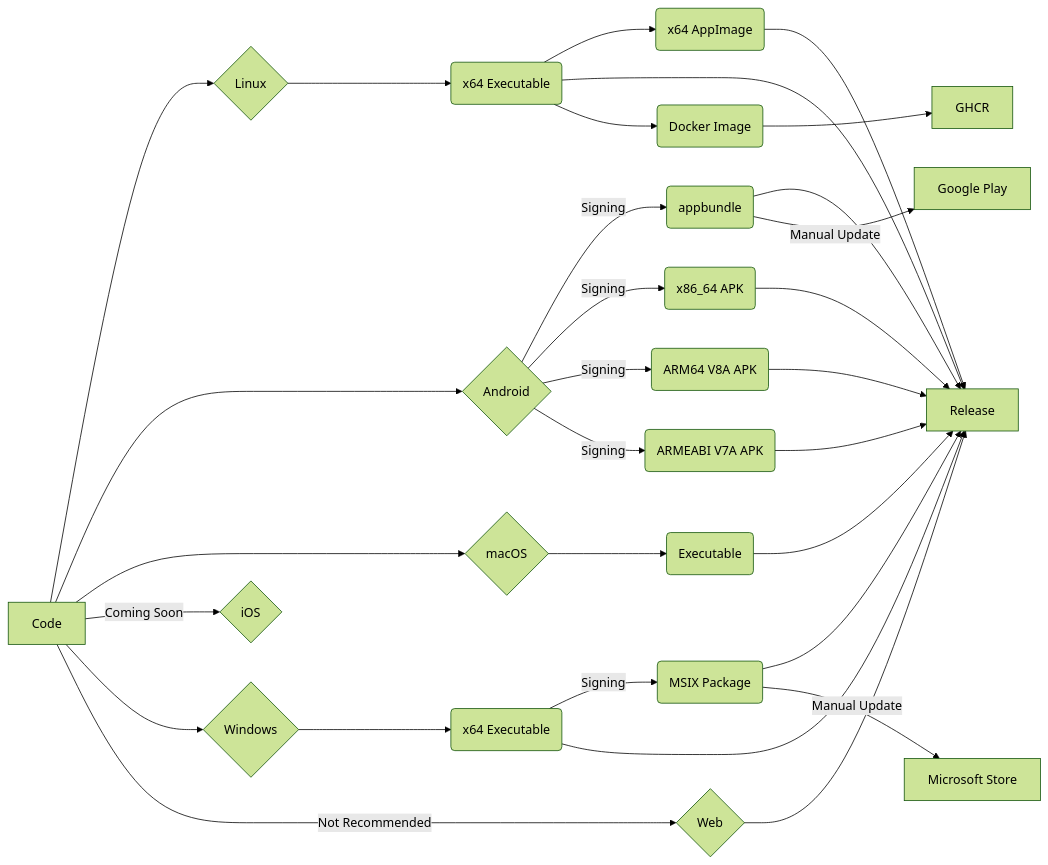
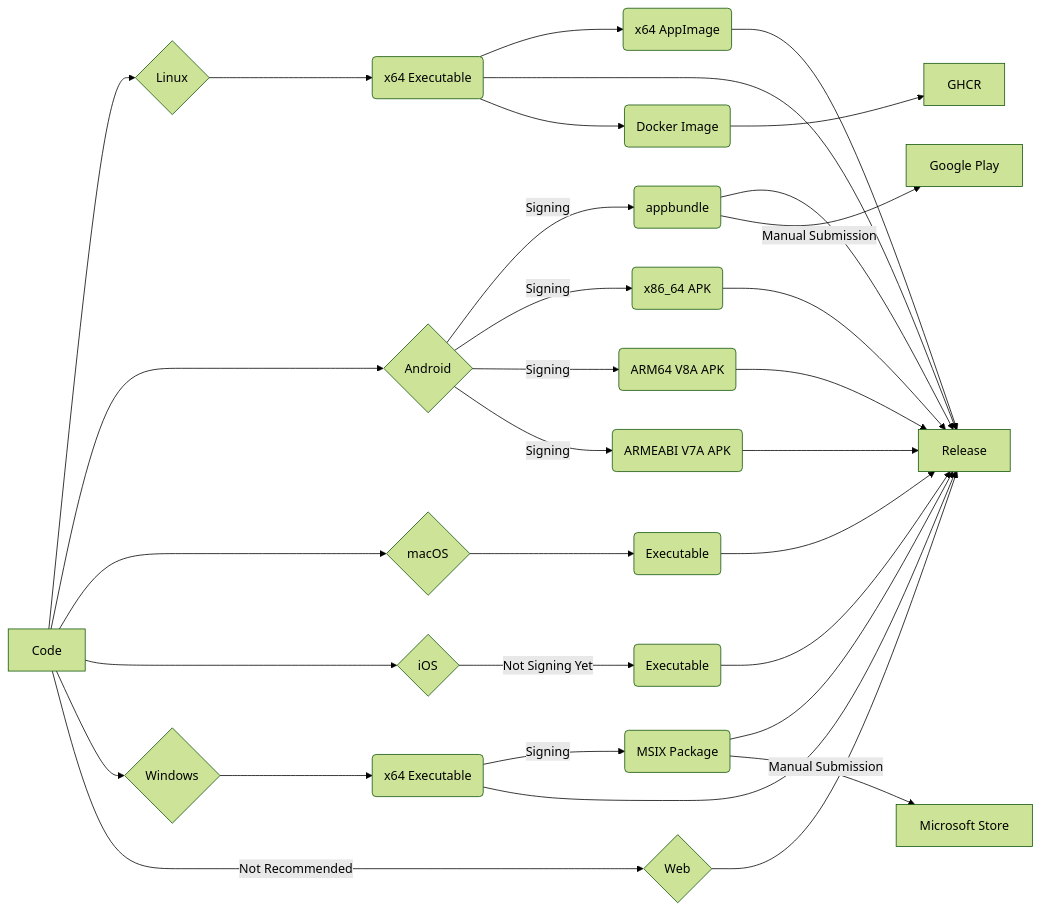
One commit to bitscoper/bitscoper_cyberkit changed the diagram in README.md. Above: the diagram before and after it, drawn with Mermaid (forest theme). The commit also changed other lines of this file and 1 other file, not shown here.

````diff
--- a/README.md
+++ b/README.md
@@ -31,40 +27,43 @@
 ```mermaid
 flowchart LR
 
 Code[Code] --> Linux{Linux}
 Linux --> Linux_x64_Executable(x64 Executable)
 Linux_x64_Executable --> Linux_x64_AppImage(x64 AppImage)
 
 Code --> Android{Android}
 Android --> |Signing| Android_appbundle(appbundle)
 Android --> |Signing| Android_x86_64_APK(x86_64 APK)
 Android --> |Signing| Android_ARM64_V8A_APK(ARM64 V8A APK)
 Android --> |Signing| Android_ARMEABI_V7A_APK(ARMEABI V7A APK)
 
 Code --> macOS{macOS}
 macOS --> macOS_Executable(Executable)
 
-Code --> |Coming Soon| iOS{iOS}
+Code --> iOS{iOS}
+iOS --> |Not Signing Yet| iOS_Executable(Executable)
 
 Code --> Windows{Windows}
 Windows --> Windows_x64_Executable(x64 Executable)
 Windows_x64_Executable --> |Signing| Windows_x64_MSIX_Package(MSIX Package)
 
 Code --> |Not Recommended| Web{Web}
 
 Linux_x64_Executable --> Release[Release]
 Linux_x64_AppImage --> Release[Release]
 Android_appbundle --> Release[Release]
 Android_x86_64_APK --> Release[Release]
 Android_ARM64_V8A_APK --> Release[Release]
 Android_ARMEABI_V7A_APK --> Release[Release]
 macOS_Executable --> Release[Release]
+iOS_Executable --> Release[Release]
 Windows_x64_Executable --> Release[Release]
 Windows_x64_MSIX_Package --> Release[Release]
 Web --> Release[Release]
 
-Android_appbundle --> |Manual Update| Google_Play[Google Play]
-Windows_x64_MSIX_Package --> |Manual Update| Microsoft_Store[Microsoft Store]
+Linux_x64_Executable --> Docker_Image(Docker Image)
+Docker_Image --> GHCR[GHCR]
 
-Linux_x64_Executable --> Docker_Image(Docker Image) --> GHCR[GHCR]
+Android_appbundle --> |Manual Submission| Google_Play[Google Play]
+Windows_x64_MSIX_Package --> |Manual Submission| Microsoft_Store[Microsoft Store]
 ```
````
